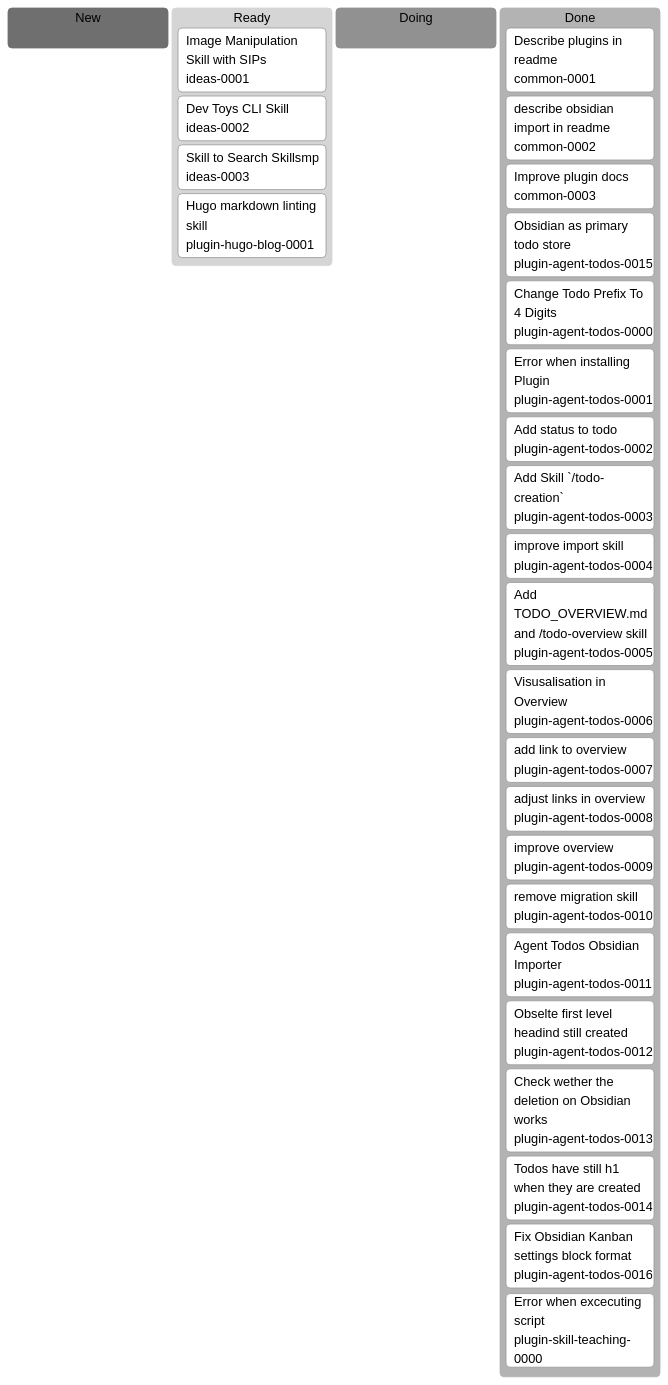
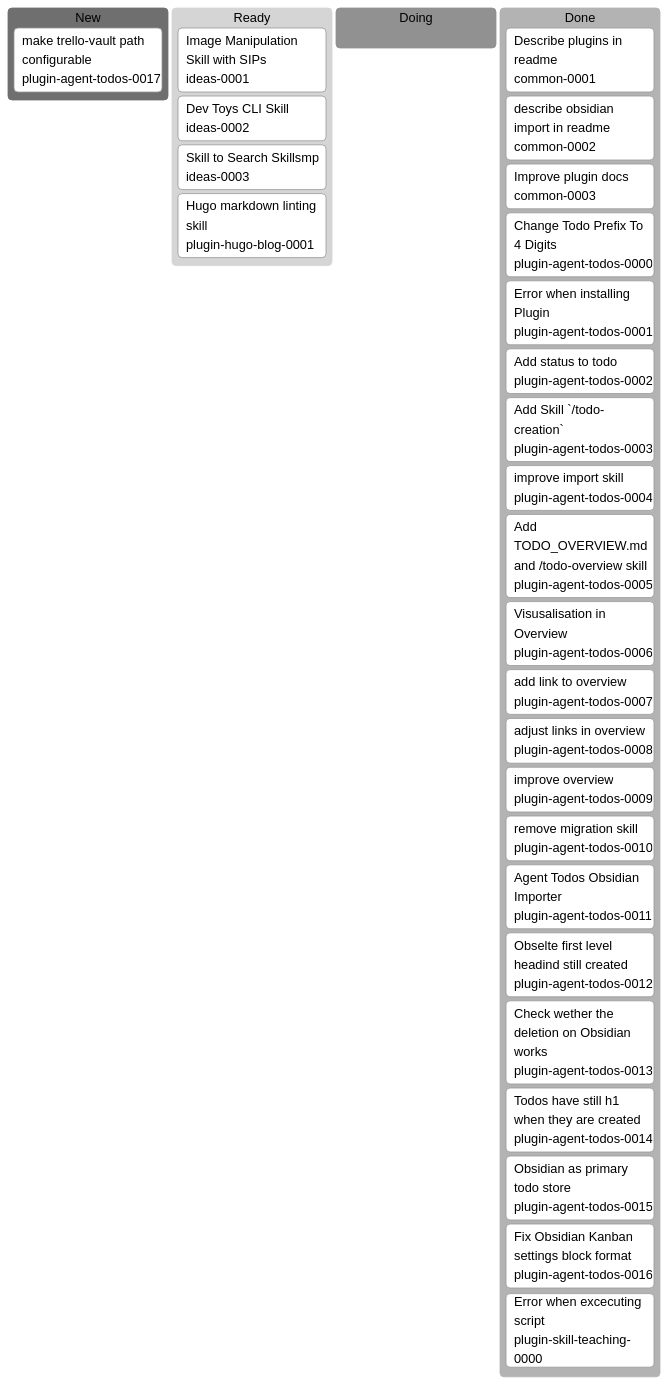
The diagram in docs/agent-todos/TODO_OVERVIEW.md (erich3000/ji-agent-skills), drawn with Mermaid before and after one commit. The commit also changed other lines of this file and 6 other files, not shown here.

First line of the commit message:
feat(agent-todos): add todo-obsidian-import skill with configurable vault path (v0.5.0)

````diff
--- a/docs/agent-todos/TODO_OVERVIEW.md
+++ b/docs/agent-todos/TODO_OVERVIEW.md
@@ -7,35 +7,35 @@
 ```mermaid
 %%{init: {"theme":"neutral"}}%%
 kanban
   new[New]
-
+    plugin-agent-todos-0017[make trello-vault path configurable]@{ ticket: plugin-agent-todos-0017 }
   ready[Ready]
     ideas-0001[Image Manipulation Skill with SIPs]@{ ticket: ideas-0001 }
     ideas-0002[Dev Toys CLI Skill]@{ ticket: ideas-0002 }
     ideas-0003[Skill to Search Skillsmp]@{ ticket: ideas-0003 }
     plugin-hugo-blog-0001[Hugo markdown linting skill]@{ ticket: plugin-hugo-blog-0001 }
   doing[Doing]
 
   done[Done]
     common-0001[Describe plugins in readme]@{ ticket: common-0001 }
     common-0002[describe obsidian import in readme]@{ ticket: common-0002 }
     common-0003[Improve plugin docs]@{ ticket: common-0003 }
-    plugin-agent-todos-0015[Obsidian as primary todo store]@{ ticket: plugin-agent-todos-0015 }
     plugin-agent-todos-0000[Change Todo Prefix To 4 Digits]@{ ticket: plugin-agent-todos-0000 }
     plugin-agent-todos-0001[Error when installing Plugin]@{ ticket: plugin-agent-todos-0001 }
     plugin-agent-todos-0002[Add status to todo]@{ ticket: plugin-agent-todos-0002 }
     plugin-agent-todos-0003[Add Skill `/todo-creation`]@{ ticket: plugin-agent-todos-0003 }
     plugin-agent-todos-0004[improve import skill]@{ ticket: plugin-agent-todos-0004 }
     plugin-agent-todos-0005[Add TODO_OVERVIEW.md and /todo-overview skill]@{ ticket: plugin-agent-todos-0005 }
     plugin-agent-todos-0006[Visusalisation in Overview]@{ ticket: plugin-agent-todos-0006 }
     plugin-agent-todos-0007[add link to overview]@{ ticket: plugin-agent-todos-0007 }
     plugin-agent-todos-0008[adjust links in overview]@{ ticket: plugin-agent-todos-0008 }
     plugin-agent-todos-0009[improve overview]@{ ticket: plugin-agent-todos-0009 }
     plugin-agent-todos-0010[remove migration skill]@{ ticket: plugin-agent-todos-0010 }
     plugin-agent-todos-0011[Agent Todos Obsidian Importer]@{ ticket: plugin-agent-todos-0011 }
     plugin-agent-todos-0012[Obselte first level headind still created]@{ ticket: plugin-agent-todos-0012 }
     plugin-agent-todos-0013[Check wether the deletion on Obsidian works]@{ ticket: plugin-agent-todos-0013 }
     plugin-agent-todos-0014[Todos have still h1 when they are created]@{ ticket: plugin-agent-todos-0014 }
+    plugin-agent-todos-0015[Obsidian as primary todo store]@{ ticket: plugin-agent-todos-0015 }
     plugin-agent-todos-0016[Fix Obsidian Kanban settings block format]@{ ticket: plugin-agent-todos-0016 }
     plugin-skill-teaching-0000[Error when excecuting script]@{ ticket: plugin-skill-teaching-0000 }
 ```
````
